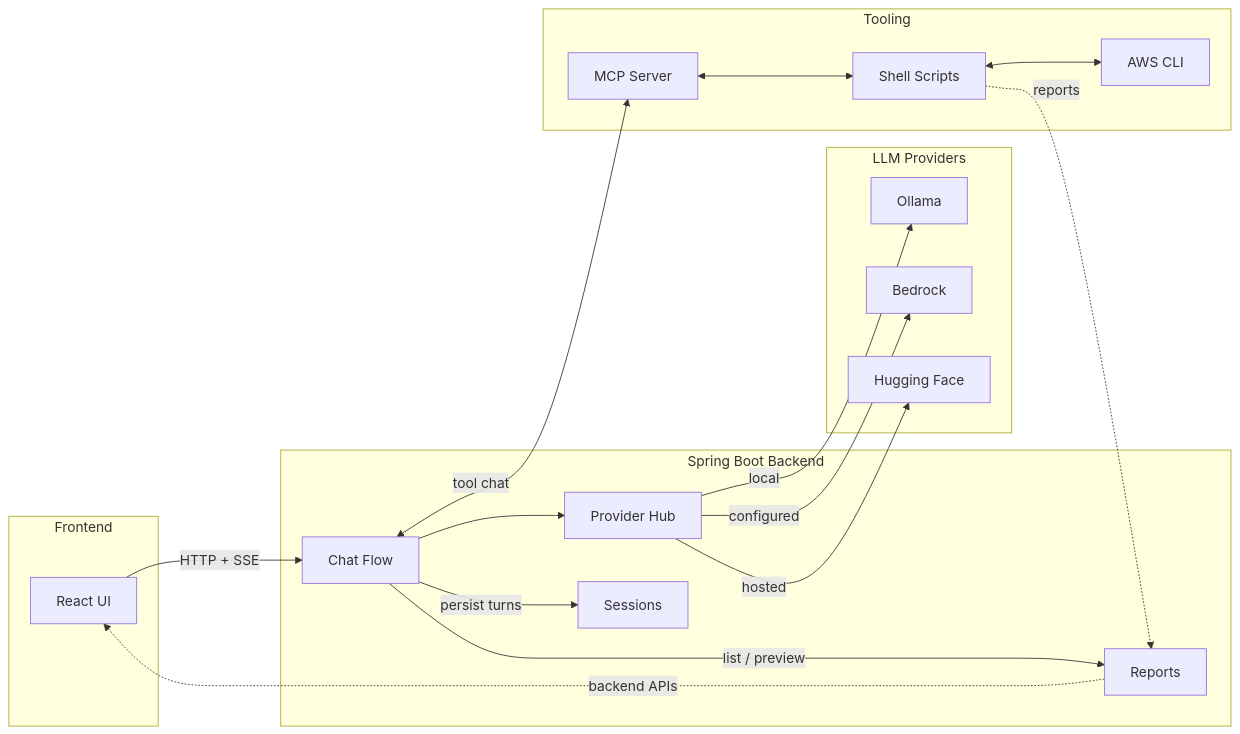
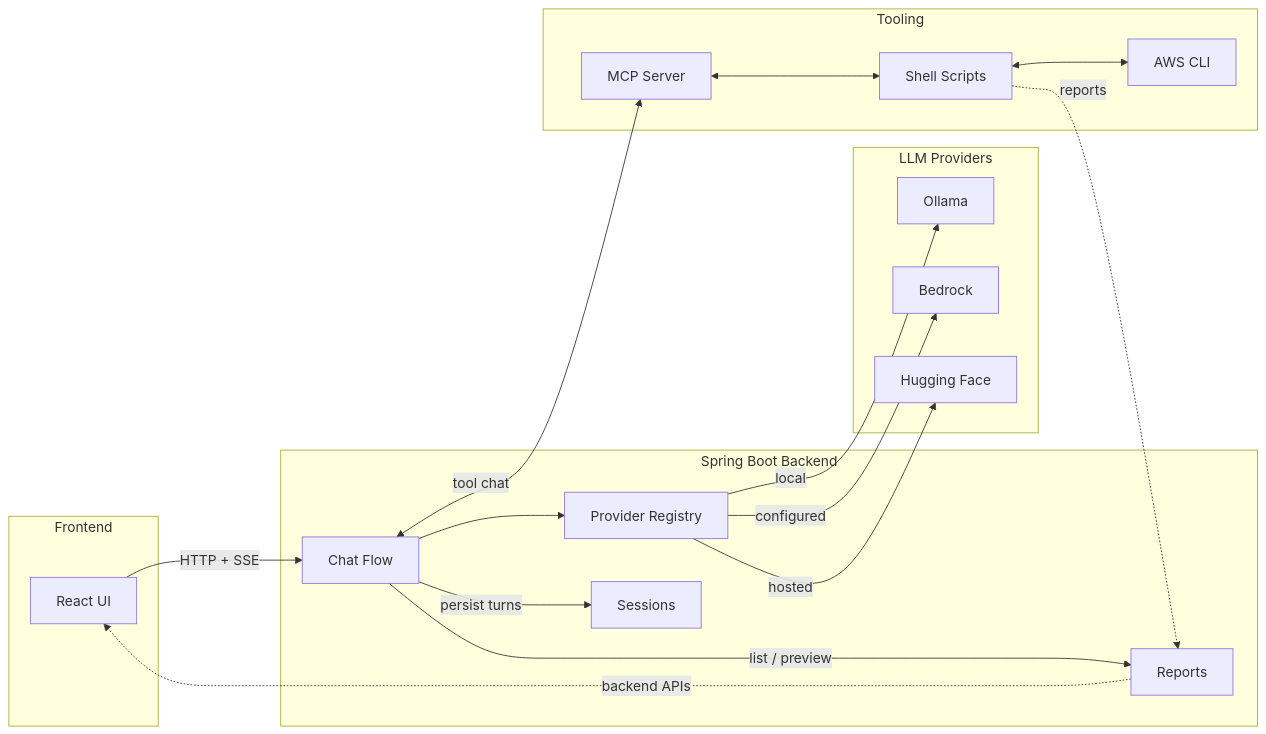
One commit to jrodolfo/local-genai-lab changed the diagram in docs/architecture-overview.md. Above: the diagram before and after it, drawn with Mermaid. The commit also changed other lines of this file and 1 other file, not shown here.

Commit message:
align architecture docs terminology with provider registry implementation

````diff
--- a/docs/architecture-overview.md
+++ b/docs/architecture-overview.md
@@ -12,41 +12,41 @@
 ```mermaid
 flowchart LR
   subgraph UI[Frontend]
     ReactUI[React UI]
   end
 
   subgraph API[Spring Boot Backend]
     ChatFlow[Chat Flow]
-    ProviderHub[Provider Hub]
+    ProviderHub[Provider Registry]
     Sessions[Sessions]
     Reports[Reports]
   end
 
   subgraph Providers[LLM Providers]
     Ollama[Ollama]
     Bedrock[Bedrock]
     HF[Hugging Face]
   end
 
   subgraph Tools[Tooling]
     MCP[MCP Server]
     Scripts[Shell Scripts]
     AWS[AWS CLI]
   end
 
   ReactUI -->|HTTP + SSE| ChatFlow
   ChatFlow --> ProviderHub
 
   ProviderHub -->|local| Ollama
   ProviderHub -->|configured| Bedrock
   ProviderHub -->|hosted| HF
   ChatFlow <-->|tool chat| MCP
 
   MCP <--> Scripts
   Scripts <--> AWS
   Scripts -. reports .-> Reports
 
   ChatFlow -->|persist turns| Sessions
   ChatFlow -->|list / preview| Reports
   Reports -. backend APIs .-> ReactUI
 ```
````
